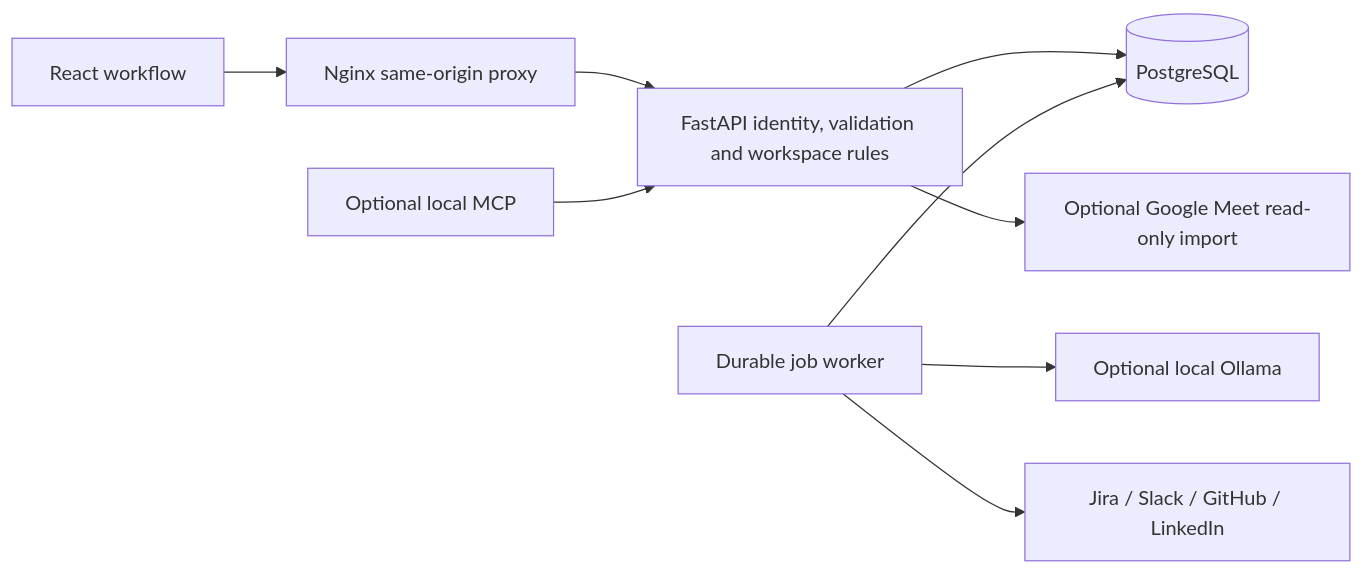
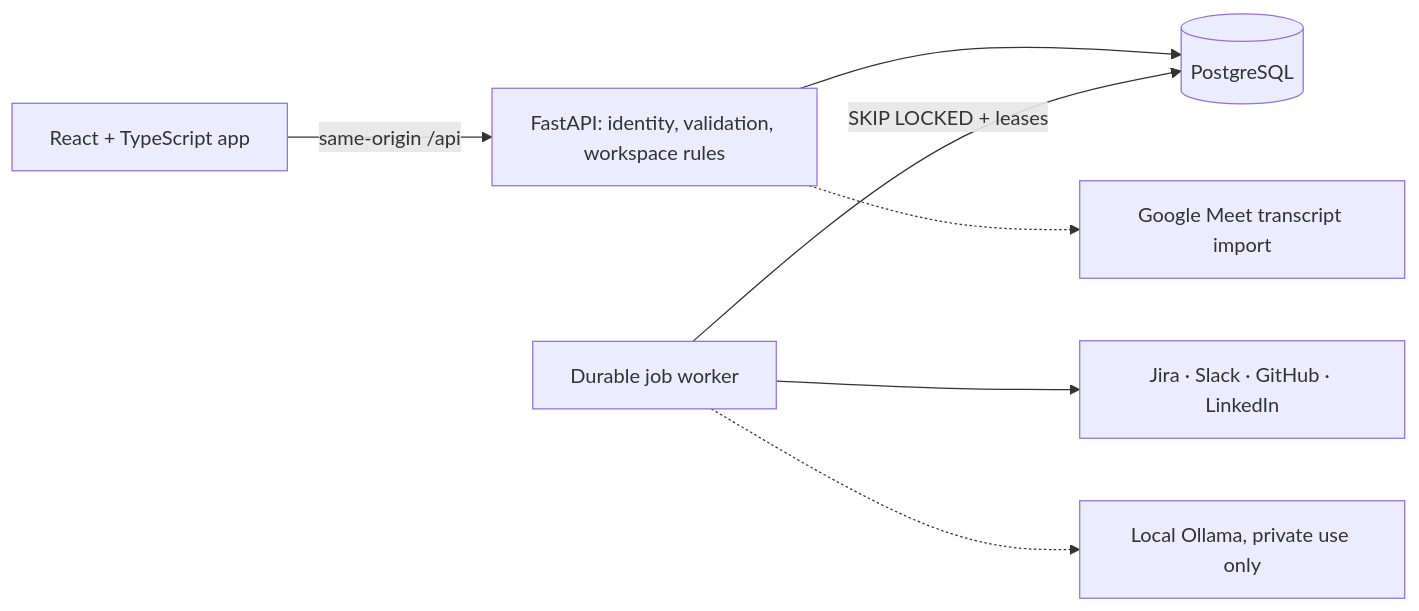
Before and after one commit to hs14235/M2O: the first of 3 diagrams in README.md, drawn with Mermaid. The commit also changed other lines of this file, not shown here.

First line of the commit message:
docs: rewrite the README for a fast technical read

````diff
--- a/README.md
+++ b/README.md
@@ -126,11 +41,9 @@
 ```mermaid
 flowchart LR
-    Browser[React workflow] --> Proxy[Nginx same-origin proxy]
-    Proxy --> API[FastAPI identity, validation and workspace rules]
-    MCP[Optional local MCP] --> API
+    Browser[React + TypeScript app] -->|same-origin /api| API[FastAPI: identity, validation, workspace rules]
     API --> DB[(PostgreSQL)]
-    Worker[Durable job worker] --> DB
-    Worker --> Ollama[Optional local Ollama]
-    Worker --> Providers[Jira / Slack / GitHub / LinkedIn]
-    API --> Meet[Optional Google Meet read-only import]
+    Worker[Durable job worker] -->|SKIP LOCKED + leases| DB
+    Worker --> Providers[Jira · Slack · GitHub · LinkedIn]
+    Worker -.-> Ollama[Local Ollama, private use only]
+    API -.-> Meet[Google Meet transcript import]
 ```
````
